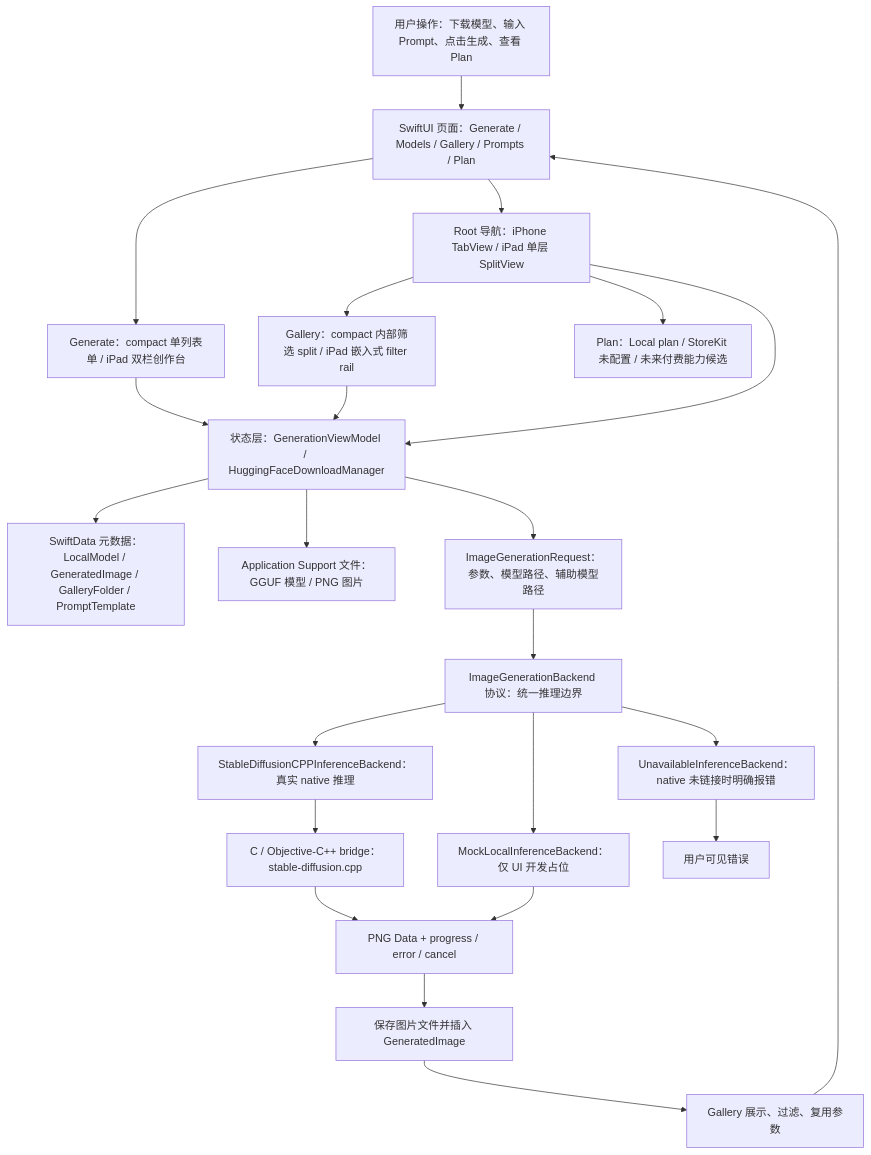
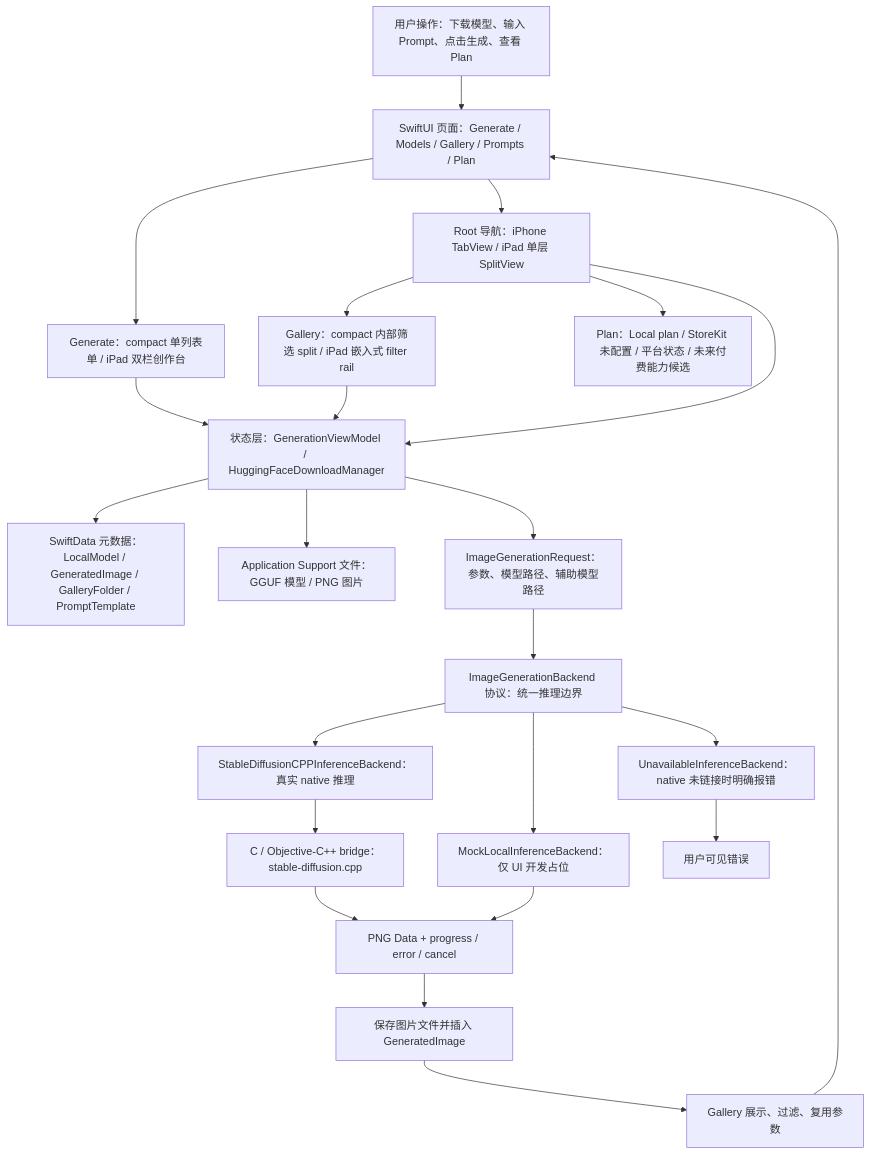
The first of 7 diagrams in md/flow/flowchart.md (Altman-sam114/118), drawn with Mermaid before and after one commit. The commit also changed 5 other files, not shown here.

````diff
--- a/md/flow/flowchart.md
+++ b/md/flow/flowchart.md
@@ -9,25 +9,25 @@
 ```mermaid
 flowchart TD
   U["用户操作：下载模型、输入 Prompt、点击生成、查看 Plan"] --> UI["SwiftUI 页面：Generate / Models / Gallery / Prompts / Plan"]
   UI --> GENUI["Generate：compact 单列表单 / iPad 双栏创作台"]
   UI --> NAV["Root 导航：iPhone TabView / iPad 单层 SplitView"]
   NAV --> GALUI["Gallery：compact 内部筛选 split / iPad 嵌入式 filter rail"]
-  NAV --> PLANUI["Plan：Local plan / StoreKit 未配置 / 未来付费能力候选"]
+  NAV --> PLANUI["Plan：Local plan / StoreKit 未配置 / 平台状态 / 未来付费能力候选"]
   NAV --> VM["状态层：GenerationViewModel / HuggingFaceDownloadManager"]
   GENUI --> VM
   GALUI --> VM
   VM --> SD["SwiftData 元数据：LocalModel / GeneratedImage / GalleryFolder / PromptTemplate"]
   VM --> FS["Application Support 文件：GGUF 模型 / PNG 图片"]
   VM --> REQ["ImageGenerationRequest：参数、模型路径、辅助模型路径"]
   REQ --> IFACE["ImageGenerationBackend 协议：统一推理边界"]
   IFACE --> NATIVE["StableDiffusionCPPInferenceBackend：真实 native 推理"]
   IFACE --> MOCK["MockLocalInferenceBackend：仅 UI 开发占位"]
   IFACE --> OFF["UnavailableInferenceBackend：native 未链接时明确报错"]
   NATIVE --> BRIDGE["C / Objective-C++ bridge：stable-diffusion.cpp"]
   BRIDGE --> PNG["PNG Data + progress / error / cancel"]
   MOCK --> PNG
   OFF --> ERR["用户可见错误"]
   PNG --> SAVE["保存图片文件并插入 GeneratedImage"]
   SAVE --> GALLERY["Gallery 展示、过滤、复用参数"]
   GALLERY --> UI
 ```
````
